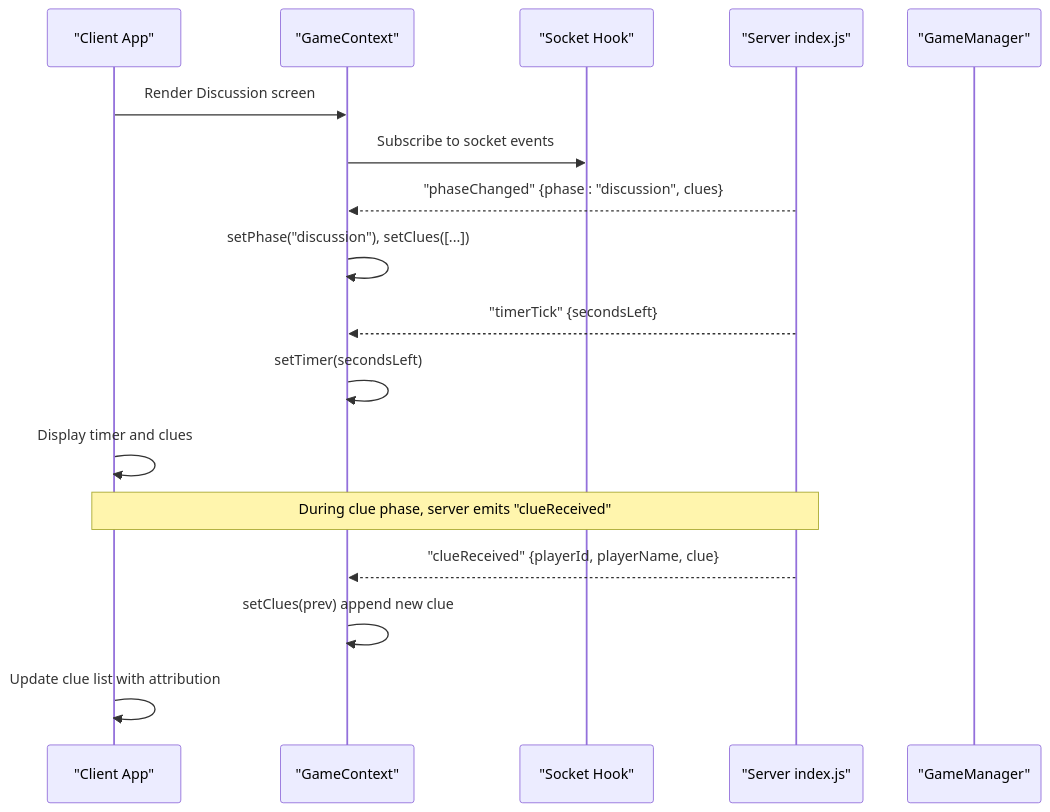
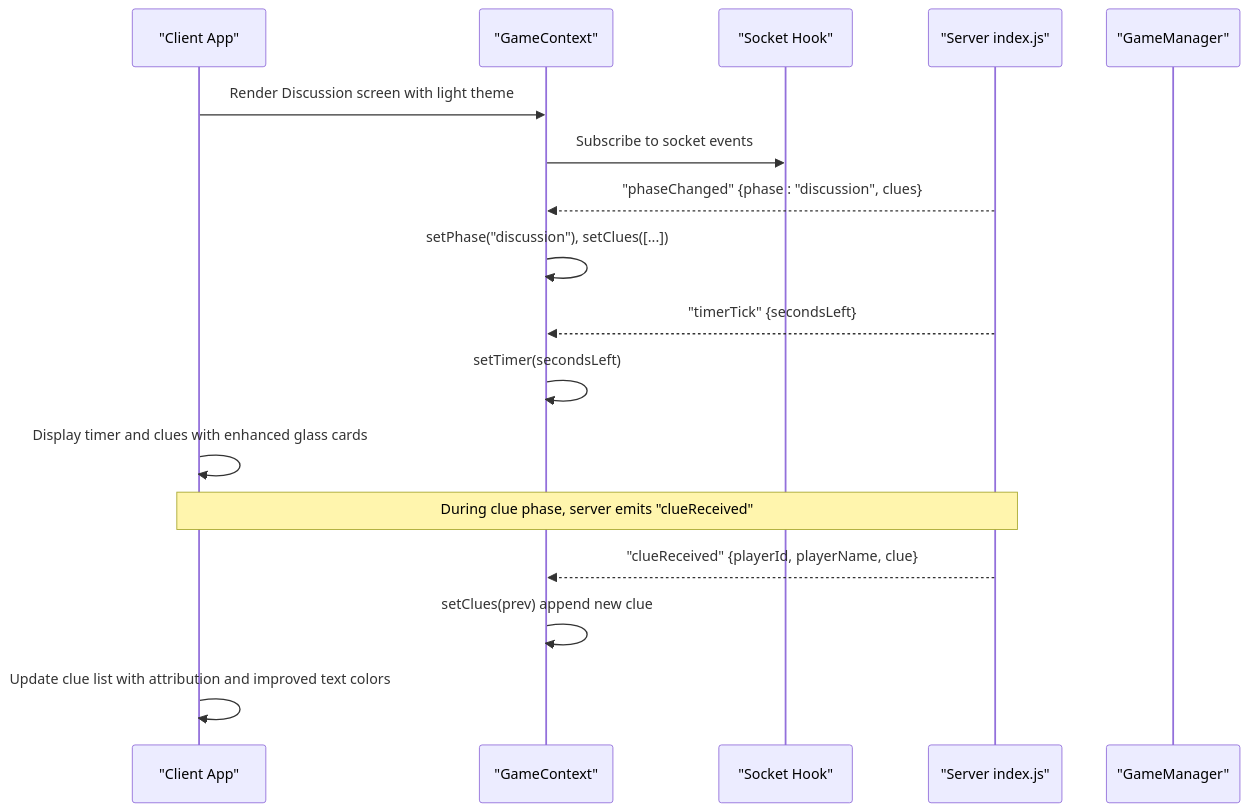
One commit to sparshgupta001/imposter_game changed the second of 10 diagrams in .qoder/repowiki/en/content/Game Screens and UI Components/Discussion Screen.md. Above: the diagram before and after it, drawn with Mermaid. The commit also changed other lines of this file and 22 other files, not shown here.

````diff
--- a/.qoder/repowiki/en/content/Game Screens and UI Components/Discussion Screen.md
+++ b/.qoder/repowiki/en/content/Game Screens and UI Components/Discussion Screen.md
@@ -111,19 +118,19 @@
 ```mermaid
 sequenceDiagram
 participant Client as "Client App"
 participant GameCtx as "GameContext"
 participant Socket as "Socket Hook"
 participant Server as "Server index.js"
 participant GM as "GameManager"
-Client->>GameCtx : Render Discussion screen
+Client->>GameCtx : Render Discussion screen with light theme
 GameCtx->>Socket : Subscribe to socket events
 Server-->>GameCtx : "phaseChanged" {phase : "discussion", clues}
 GameCtx->>GameCtx : setPhase("discussion"), setClues([...])
 Server-->>GameCtx : "timerTick" {secondsLeft}
 GameCtx->>GameCtx : setTimer(secondsLeft)
-Client->>Client : Display timer and clues
+Client->>Client : Display timer and clues with enhanced glass cards
 Note over Client,Server : During clue phase, server emits "clueReceived"
 Server-->>GameCtx : "clueReceived" {playerId, playerName, clue}
 GameCtx->>GameCtx : setClues(prev) append new clue
-Client->>Client : Update clue list with attribution
+Client->>Client : Update clue list with attribution and improved text colors
 ```
````
